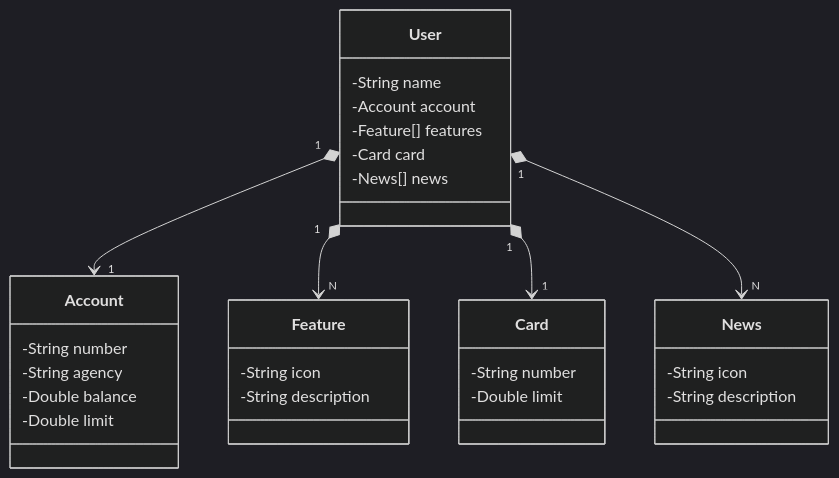
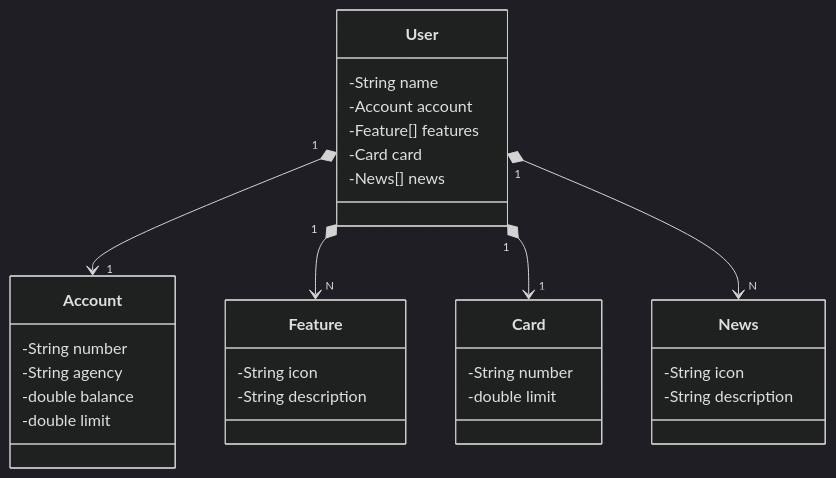
One commit to MSouza27/santander-dev-week-2023 changed the diagram in README.md. Above: the diagram before and after it, drawn with Mermaid (dark theme).

````diff
--- a/README.md
+++ b/README.md
@@ -6,37 +6,38 @@
 ```mermaid
 classDiagram
     class User {
         -String name
         -Account account
         -Feature[] features
         -Card card
         -News[] news
     }
 
     class Account {
         -String number
         -String agency
-        -Double balance
-        -Double limit
+        -double balance
+        -double limit
     }
 
     class Feature {
         -String icon
         -String description
     }
 
     class Card {
         -String number
-        -Double limit
+        -double limit
     }
 
     class News {
         -String icon
         -String description
     }
 
     User "1" *--> "1" Account
     User "1" *--> "N" Feature
     User "1" *--> "1" Card
-    User "1" *--> "N" News 
+    User "1" *--> "N" News
+
 ```
````
